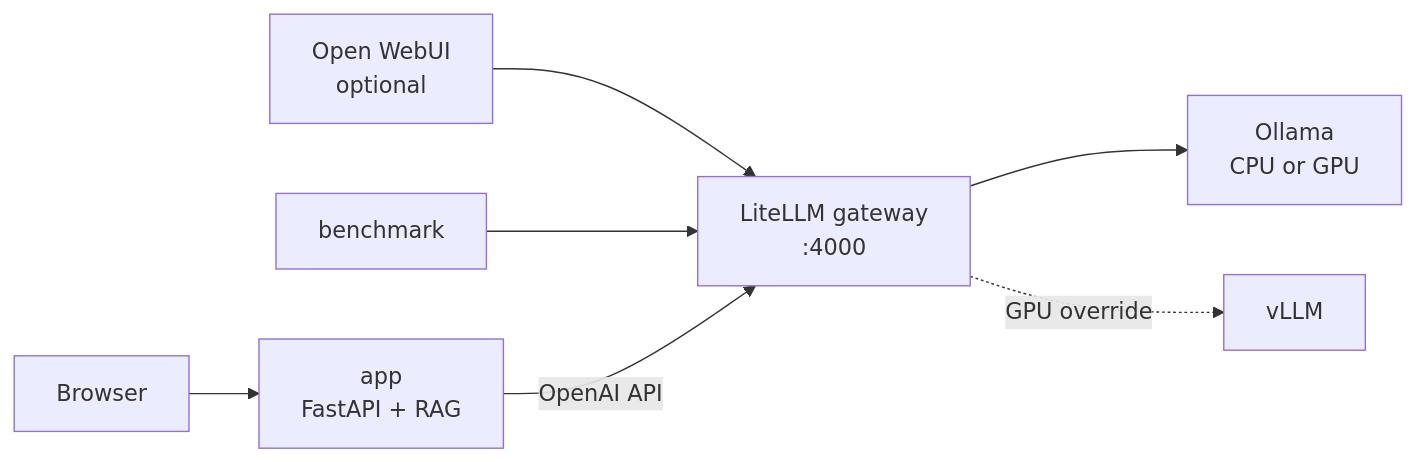
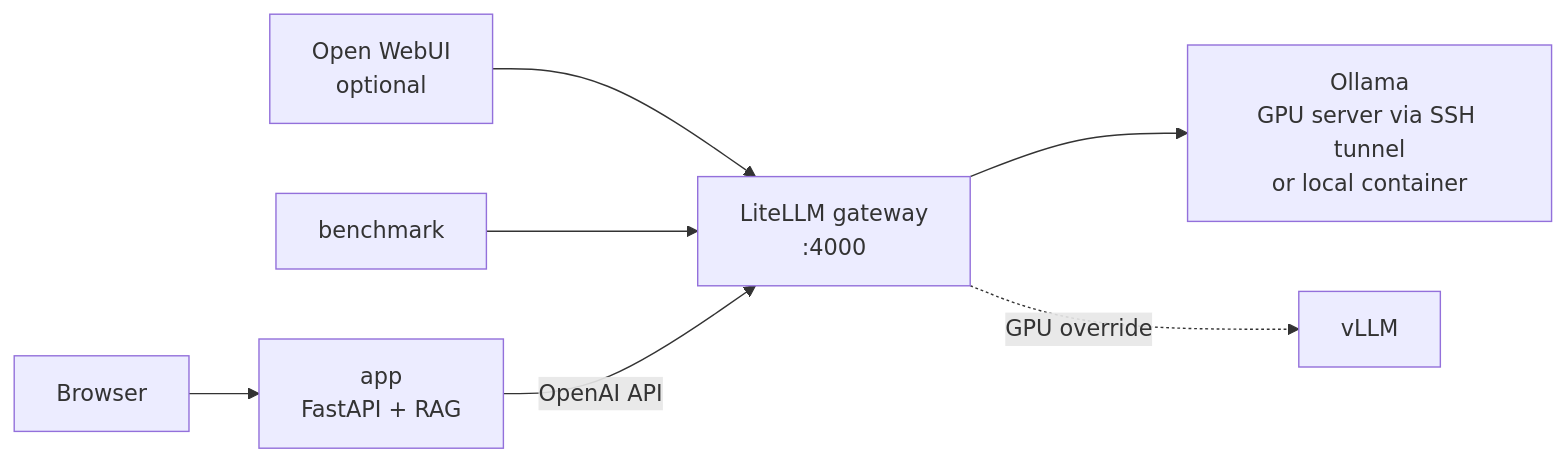
Before and after one commit to ICHBINMINIDA/THB-StudentAssist: the second of 2 diagrams in README.md, drawn with Mermaid. The commit also changed other lines of this file and 5 other files, not shown here.

First line of the commit message:
Use a remote Ollama (SSH tunnel) by default in Docker Compose

````diff
--- a/README.md
+++ b/README.md
@@ -132,9 +132,9 @@
 ```mermaid
 flowchart LR
     U[Browser] --> A[app<br/>FastAPI + RAG]
     W[Open WebUI<br/>optional] --> G
     B[benchmark] --> G
     A -->|OpenAI API| G[LiteLLM gateway<br/>:4000]
-    G --> O[Ollama<br/>CPU or GPU]
+    G --> O[Ollama<br/>GPU server via SSH tunnel<br/>or local container]
     G -.->|GPU override| V[vLLM]
 ```
````
